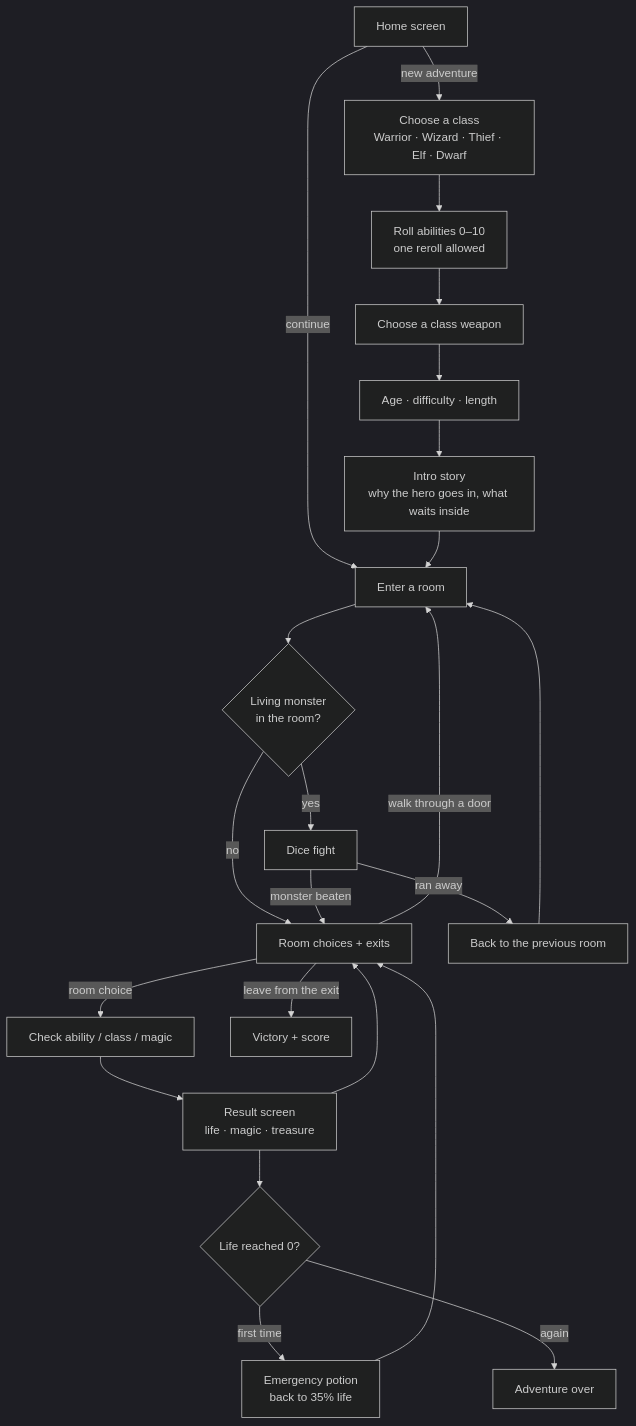
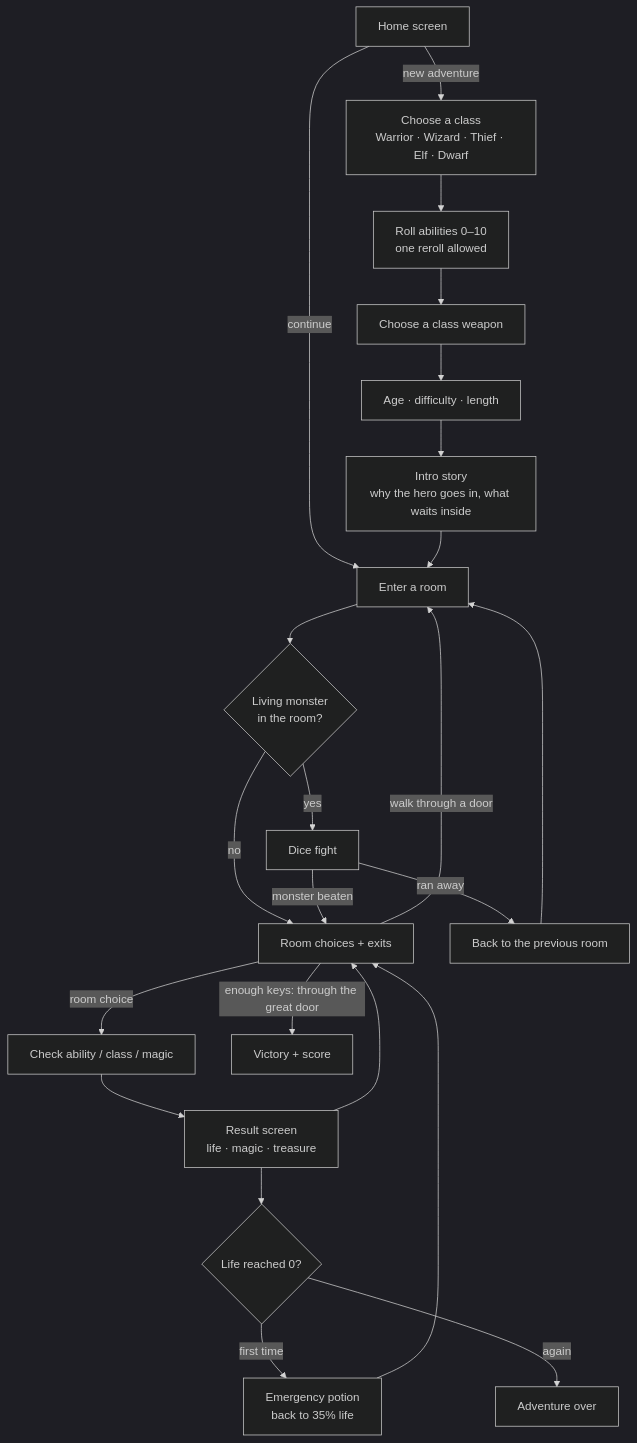
One commit to avishayal-source/harpatka-bamavoch changed the first of 3 diagrams in README.md. Above: the diagram before and after it, drawn with Mermaid (dark theme). The commit also changed other lines of this file and 25 other files, not shown here.

First line of the commit message:
Add keys for the final door, monster-run shops, and Hebrew text fixes

````diff
--- a/README.md
+++ b/README.md
@@ -22,29 +22,29 @@
 ```mermaid
 flowchart TD
     Home[Home screen] -->|new adventure| Class[Choose a class<br/>Warrior · Wizard · Thief · Elf · Dwarf]
     Home -->|continue| Room
     Class --> Roll[Roll abilities 0–10<br/>one reroll allowed]
     Roll --> Weapon[Choose a class weapon]
     Weapon --> Setup[Age · difficulty · length]
     Setup --> Intro[Intro story<br/>why the hero goes in, what waits inside]
     Intro --> Room[Enter a room]
 
     Room --> Monster{Living monster<br/>in the room?}
     Monster -->|yes| Fight[Dice fight]
     Monster -->|no| Choices[Room choices + exits]
 
     Choices -->|room choice| Check[Check ability / class / magic]
     Check --> Result[Result screen<br/>life · magic · treasure]
     Result --> Choices
     Choices -->|walk through a door| Room
 
     Fight -->|monster beaten| Choices
     Fight -->|ran away| Previous[Back to the previous room]
     Previous --> Room
 
     Result --> Life{Life reached 0?}
     Life -->|first time| Potion[Emergency potion<br/>back to 35% life]
     Potion --> Choices
     Life -->|again| Lost[Adventure over]
-    Choices -->|leave from the exit| Won[Victory + score]
+    Choices -->|enough keys: through the great door| Won[Victory + score]
 ```
````
